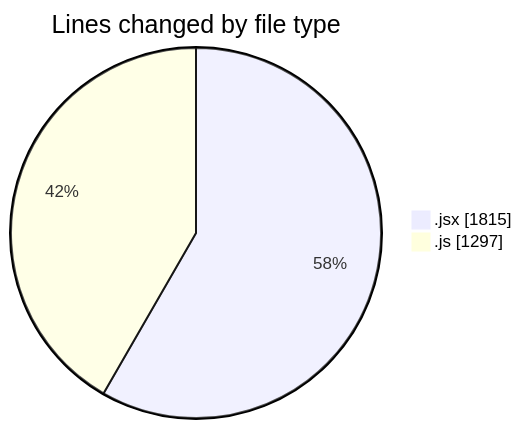
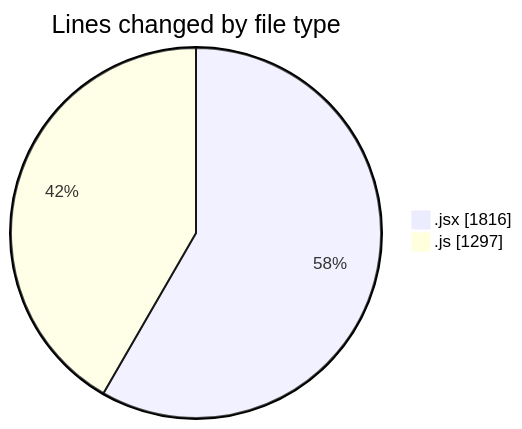
The first of 2 diagrams in 2025-08-04/nxtqube_webapp/README.md (nxtqubesakshisongat/code-tracking), drawn with Mermaid before and after one commit. The commit also changed other lines of this file and 1 other file, not shown here.

````diff
--- a/2025-08-04/nxtqube_webapp/README.md
+++ b/2025-08-04/nxtqube_webapp/README.md
@@ -26,6 +26,6 @@
 ```mermaid
 pie showData
 title Lines changed by file type
-".jsx" : 1815
+".jsx" : 1816
 ".js" : 1297
 ```
````
